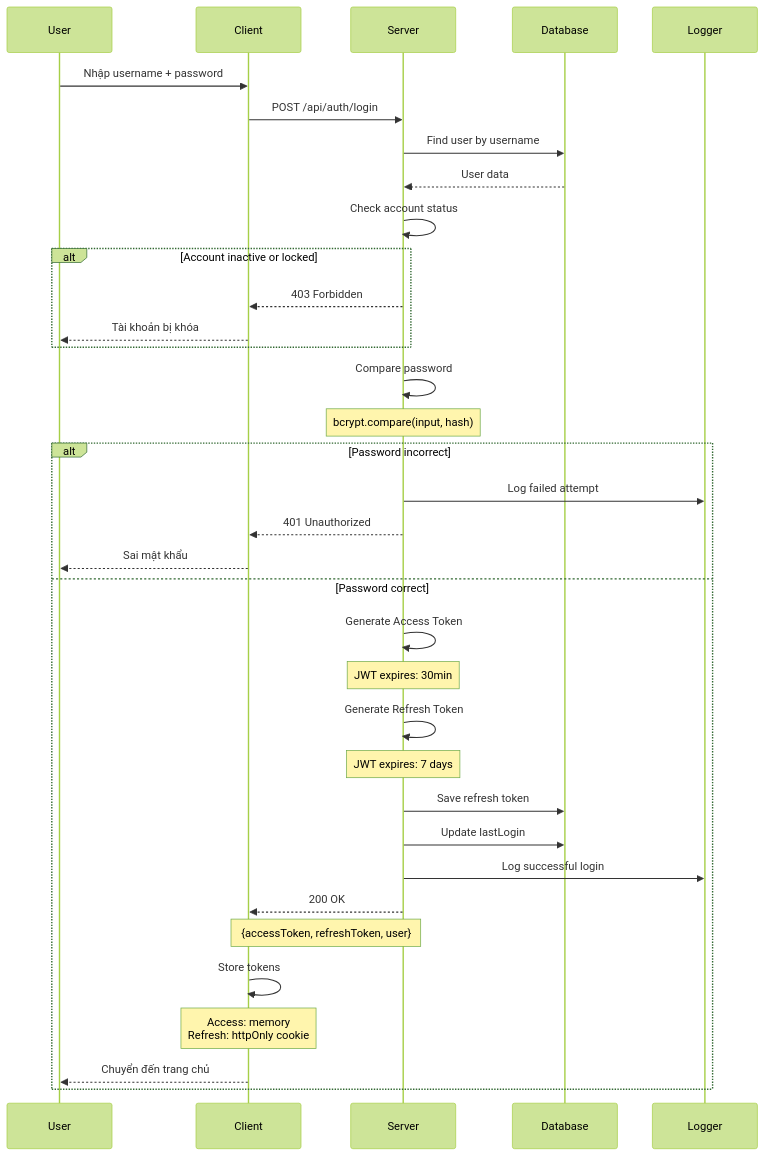
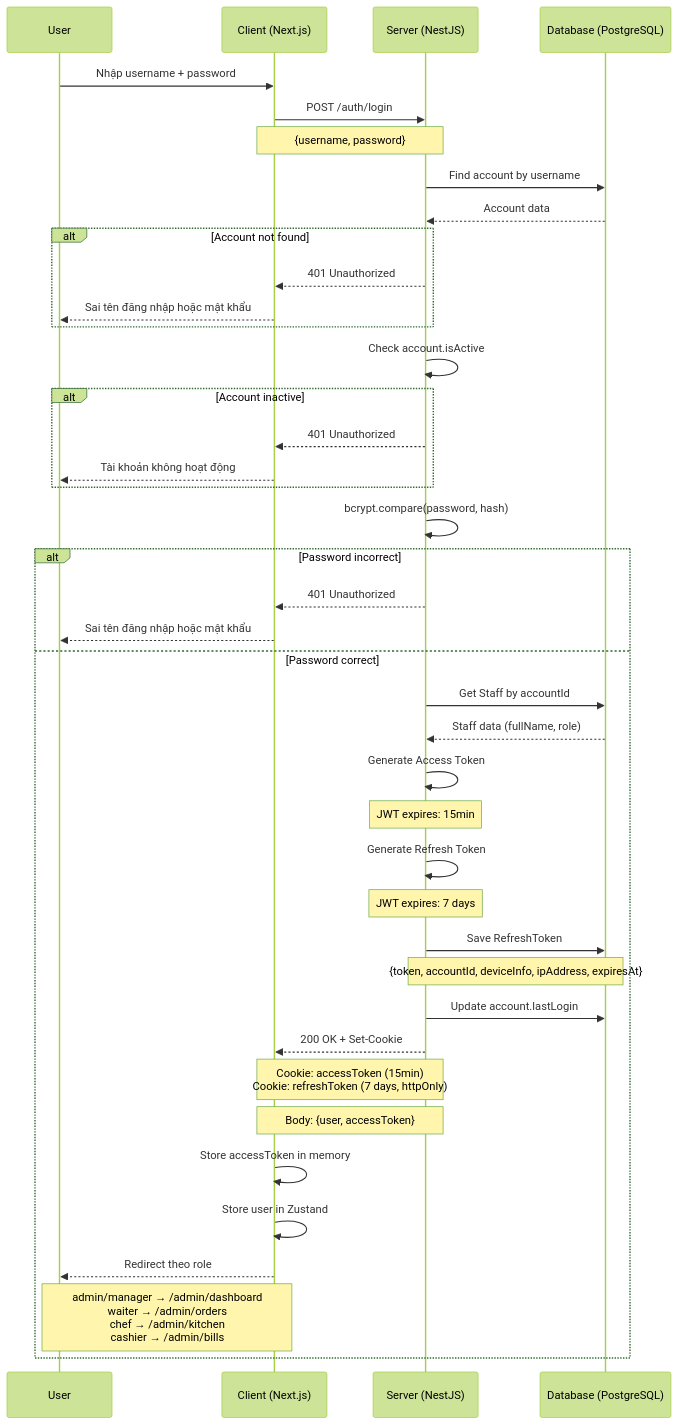
One commit to huy1235588/restaurant-management changed the fourth of 12 diagrams in docs/diagrams/AUTHENTICATION_MANAGEMENT_DIAGRAMS.md. Above: the diagram before and after it, drawn with Mermaid (forest theme). The commit also changed other lines of this file and 18 other files, not shown here.

Commit message:
Update documentation for Order Management, Reservation Management, and Staff Management modules to reflect real-world implementation as of June 2025. Enhance data structures, API endpoints, and feature descriptions while noting future development plans and integration details.

````diff
--- a/docs/diagrams/AUTHENTICATION_MANAGEMENT_DIAGRAMS.md
+++ b/docs/diagrams/AUTHENTICATION_MANAGEMENT_DIAGRAMS.md
@@ -122,46 +102,53 @@
 ```mermaid
 sequenceDiagram
     participant U as User
-    participant C as Client
-    participant S as Server
-    participant DB as Database
-    participant L as Logger
+    participant C as Client (Next.js)
+    participant S as Server (NestJS)
+    participant DB as Database (PostgreSQL)
     
     U->>C: Nhập username + password
-    C->>S: POST /api/auth/login
+    C->>S: POST /auth/login
+    Note over C,S: {username, password}
     
-    S->>DB: Find user by username
-    DB-->>S: User data
+    S->>DB: Find account by username
+    DB-->>S: Account data
     
-    S->>S: Check account status
-    alt Account inactive or locked
-        S-->>C: 403 Forbidden
-        C-->>U: Tài khoản bị khóa
+    alt Account not found
+        S-->>C: 401 Unauthorized
+        C-->>U: Sai tên đăng nhập hoặc mật khẩu
     end
     
-    S->>S: Compare password
-    Note over S: bcrypt.compare(input, hash)
+    S->>S: Check account.isActive
+    alt Account inactive
+        S-->>C: 401 Unauthorized
+        C-->>U: Tài khoản không hoạt động
+    end
     
+    S->>S: bcrypt.compare(password, hash)
     alt Password incorrect
-        S->>L: Log failed attempt
         S-->>C: 401 Unauthorized
-        C-->>U: Sai mật khẩu
+        C-->>U: Sai tên đăng nhập hoặc mật khẩu
     else Password correct
+        S->>DB: Get Staff by accountId
+        DB-->>S: Staff data (fullName, role)
+        
         S->>S: Generate Access Token
-        Note over S: JWT expires: 30min
+        Note over S: JWT expires: 15min
         S->>S: Generate Refresh Token
         Note over S: JWT expires: 7 days
         
-        S->>DB: Save refresh token
-        S->>DB: Update lastLogin
-        S->>L: Log successful login
+        S->>DB: Save RefreshToken
+        Note over S,DB: {token, accountId, deviceInfo, ipAddress, expiresAt}
+        S->>DB: Update account.lastLogin
         
-        S-->>C: 200 OK
-        Note over C,S: {accessToken, refreshToken, user}
+        S-->>C: 200 OK + Set-Cookie
+        Note over C,S: Cookie: accessToken (15min)<br/>Cookie: refreshToken (7 days, httpOnly)
+        Note over C,S: Body: {user, accessToken}
         
-        C->>C: Store tokens
-        Note over C: Access: memory<br/>Refresh: httpOnly cookie
+        C->>C: Store accessToken in memory
+        C->>C: Store user in Zustand
         
-        C-->>U: Chuyển đến trang chủ
+        C-->>U: Redirect theo role
+        Note over U,C: admin/manager → /admin/dashboard<br/>waiter → /admin/orders<br/>chef → /admin/kitchen<br/>cashier → /admin/bills
     end
 ```
````
